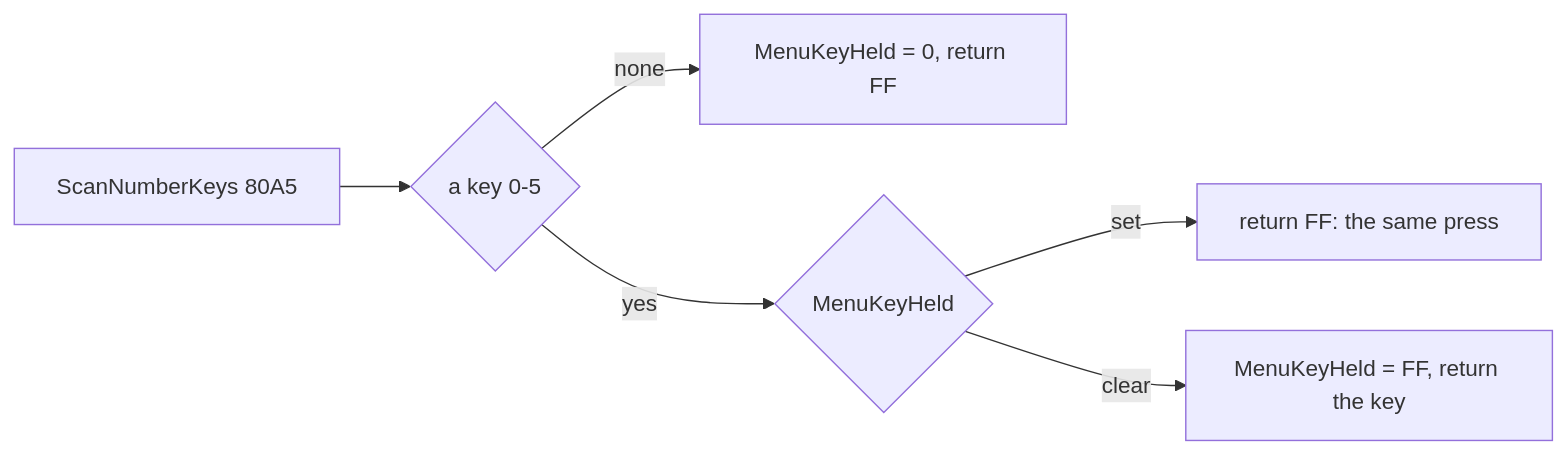
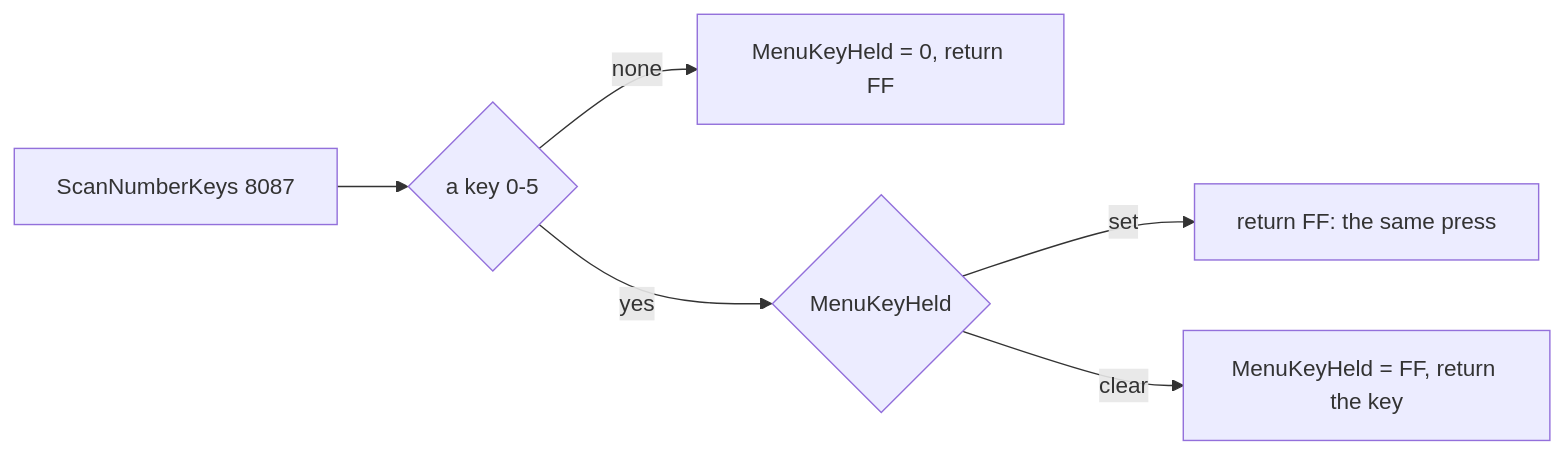
One commit to alfishe/unrealng-reverse-cases changed the fourth of 6 diagrams in games/rick-dangerous-2/docs/05-controls.md. Above: the diagram before and after it, drawn with Mermaid. The commit also changed other lines of this file and 42 other files, not shown here.

````diff
--- a/games/rick-dangerous-2/docs/05-controls.md
+++ b/games/rick-dangerous-2/docs/05-controls.md
@@ -409,8 +425,8 @@
 ```mermaid
 flowchart LR
-    S[ScanNumberKeys 80A5] --> K{a key 0-5}
+    S[ScanNumberKeys 8087] --> K{a key 0-5}
     K -->|none| Z[MenuKeyHeld = 0, return FF]
     K -->|yes| H{MenuKeyHeld}
     H -->|set| N[return FF: the same press]
     H -->|clear| Y[MenuKeyHeld = FF, return the key]
 ```
````
